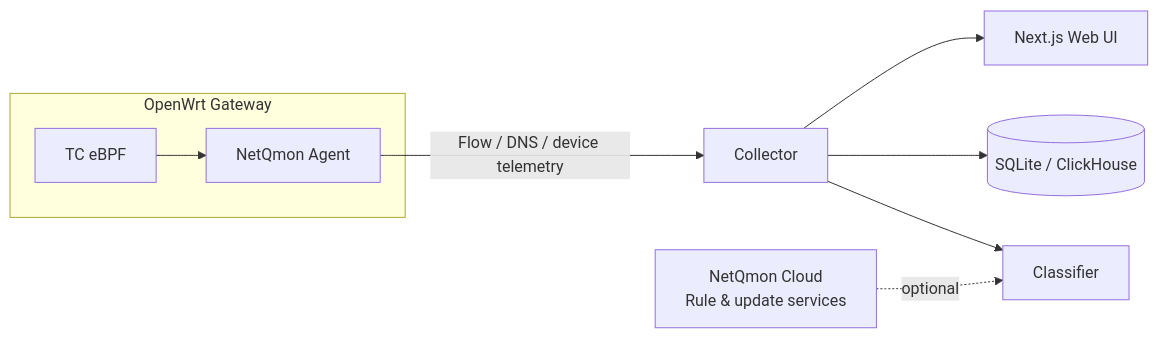
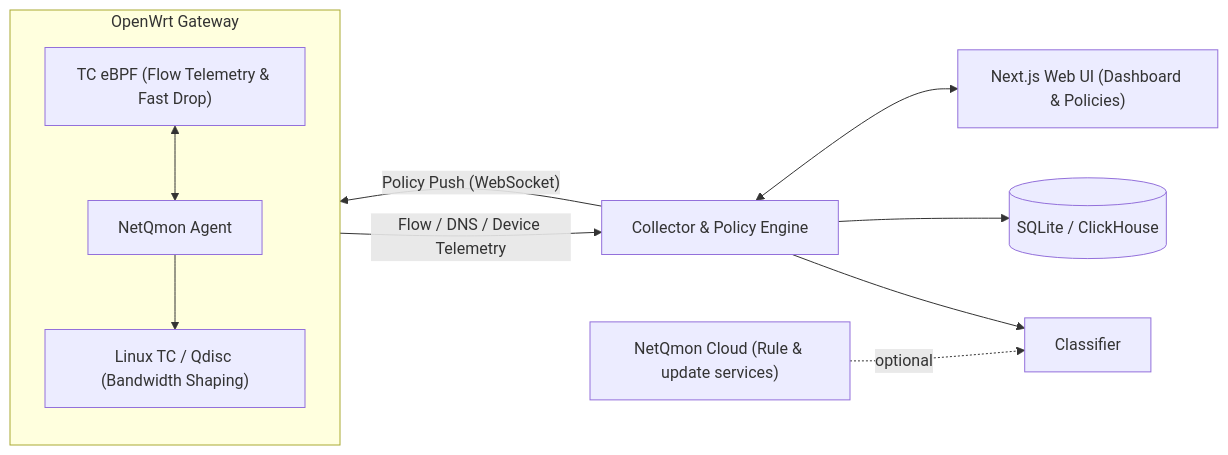
One commit to jarvis2f/netqmon changed the diagram in README.md. Above: the diagram before and after it, drawn with Mermaid. The commit also changed other lines of this file and 1 other file, not shown here.

Commit message:
feat(docs): Updated README file to enhance description of network observability and traffic policy governance

````diff
--- a/README.md
+++ b/README.md
@@ -50,14 +50,18 @@
 ```mermaid
 flowchart LR
   subgraph Gateway["OpenWrt Gateway"]
-    BPF["TC eBPF"]
+    direction TB
+    BPF["TC eBPF (Flow Telemetry & Fast Drop)"]
+    TC["Linux TC / Qdisc (Bandwidth Shaping)"]
     Agent["NetQmon Agent"]
-    BPF --> Agent
+    BPF <--> Agent
+    Agent --> TC
   end
 
-  Agent -->|" Flow / DNS / device telemetry "| Collector["Collector"]
+  Agent -->|" Flow / DNS / Device Telemetry "| Collector["Collector & Policy Engine"]
+  Collector -->|" Policy Push (WebSocket) "| Agent
   Collector --> Classifier["Classifier"]
   Collector --> Storage[("SQLite / ClickHouse")]
-  Collector --> UI["Next.js Web UI"]
-  Cloud["NetQmon Cloud\nRule & update services"] -. " optional " .-> Classifier
+  Collector <--> UI["Next.js Web UI (Dashboard & Policies)"]
+  Cloud["NetQmon Cloud (Rule & update services)"] -. " optional " .-> Classifier
 ```
````
